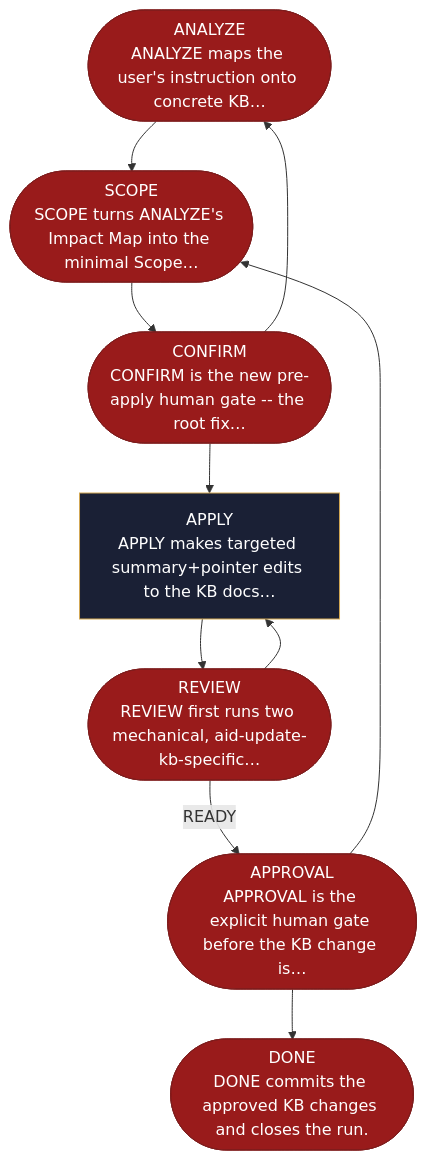
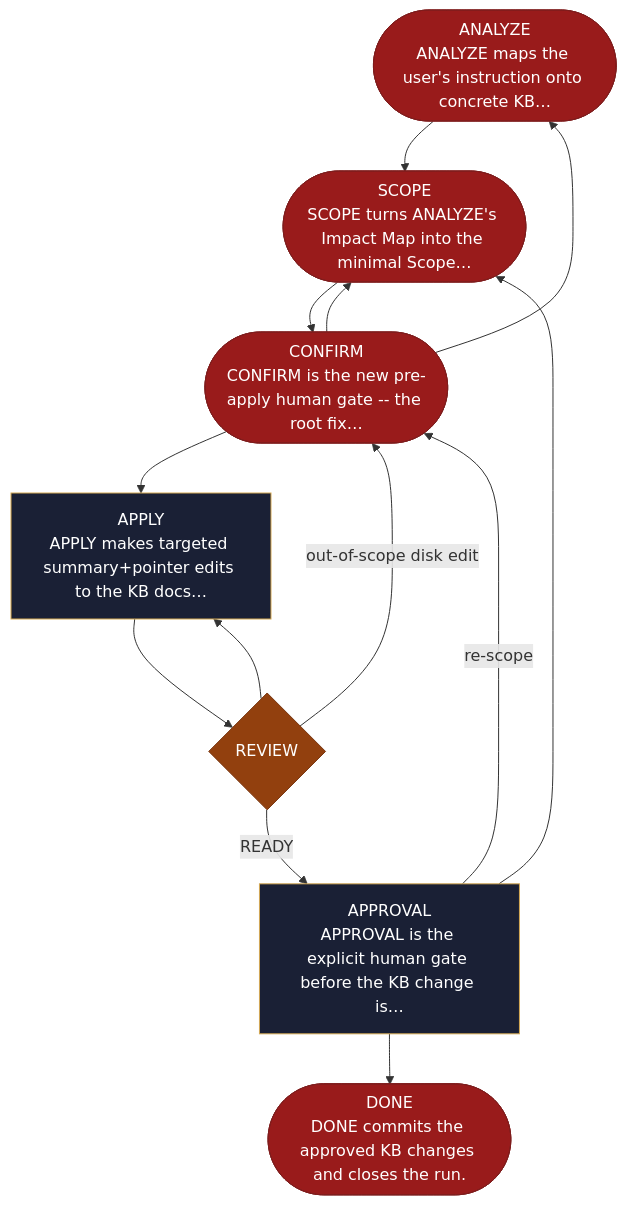
Before and after one commit to AndreVianna/aid-methodology: the diagram in site/src/content/docs/skills/aid-update-kb.md, drawn with Mermaid. The commit also changed other lines of this file and 21 other files, not shown here.

First line of the commit message:
task-042: aid-update-kb, aid-ask, aid-summarize and aid-housekeep on the step rules

````diff
--- a/site/src/content/docs/skills/aid-update-kb.md
+++ b/site/src/content/docs/skills/aid-update-kb.md
@@ -20,39 +20,42 @@
 ```mermaid
 flowchart TB
   classDef aidNode color:#fff
   classDef aidEntry fill:#166534,stroke:#14532d,color:#fff
   classDef aidExit fill:#991b1b,stroke:#7f1d1d,color:#fff
   classDef aidDecision fill:#92400e,stroke:#78350f,color:#fff
   classDef aidLoopBack fill:#1e3a8a,stroke:#1e3a8a,color:#fff
   classDef aidStep fill:#1a2035,stroke:#d4a853,color:#f1f5f9
   n1(["ANALYZE<br/>ANALYZE maps the user's instruction onto concrete KB…"])
   n2(["SCOPE<br/>SCOPE turns ANALYZE's Impact Map into the minimal Scope…"])
   n3(["CONFIRM<br/>CONFIRM is the new pre-apply human gate -- the root fix…"])
   n4["APPLY<br/>APPLY makes targeted summary+pointer edits to the KB docs…"]
-  n5(["REVIEW<br/>REVIEW first runs two mechanical, aid-update-kb-specific…"])
-  n6(["APPROVAL<br/>APPROVAL is the explicit human gate before the KB change is…"])
+  n5{"REVIEW"}
+  n6["APPROVAL<br/>APPROVAL is the explicit human gate before the KB change is…"]
   n7(["DONE<br/>DONE commits the approved KB changes and closes the run."])
   n1 --> n2
   n2 --> n3
   n3 --> n1
+  n3 --> n2
   n3 --> n4
   n4 --> n5
+  n5 -->|"out-of-scope disk edit"| n3
   n5 --> n4
   n5 -->|"READY"| n6
   n6 --> n2
+  n6 -->|"re-scope"| n3
   n6 --> n7
   class n1 aidExit
   class n2 aidExit
   class n3 aidExit
   class n4 aidStep
-  class n5 aidExit
-  class n6 aidExit
+  class n5 aidDecision
+  class n6 aidStep
   class n7 aidExit
   class n1 aidNode
   class n2 aidNode
   class n3 aidNode
   class n4 aidNode
   class n5 aidNode
   class n6 aidNode
   class n7 aidNode
 ```
````
